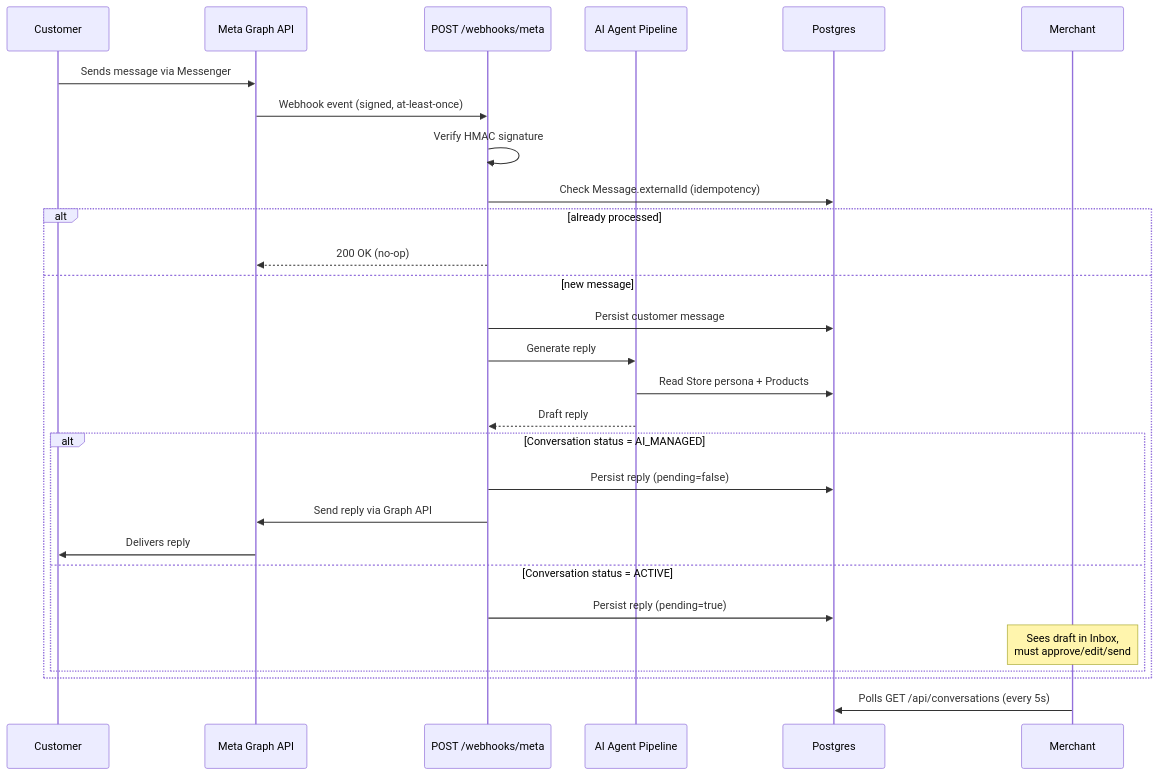
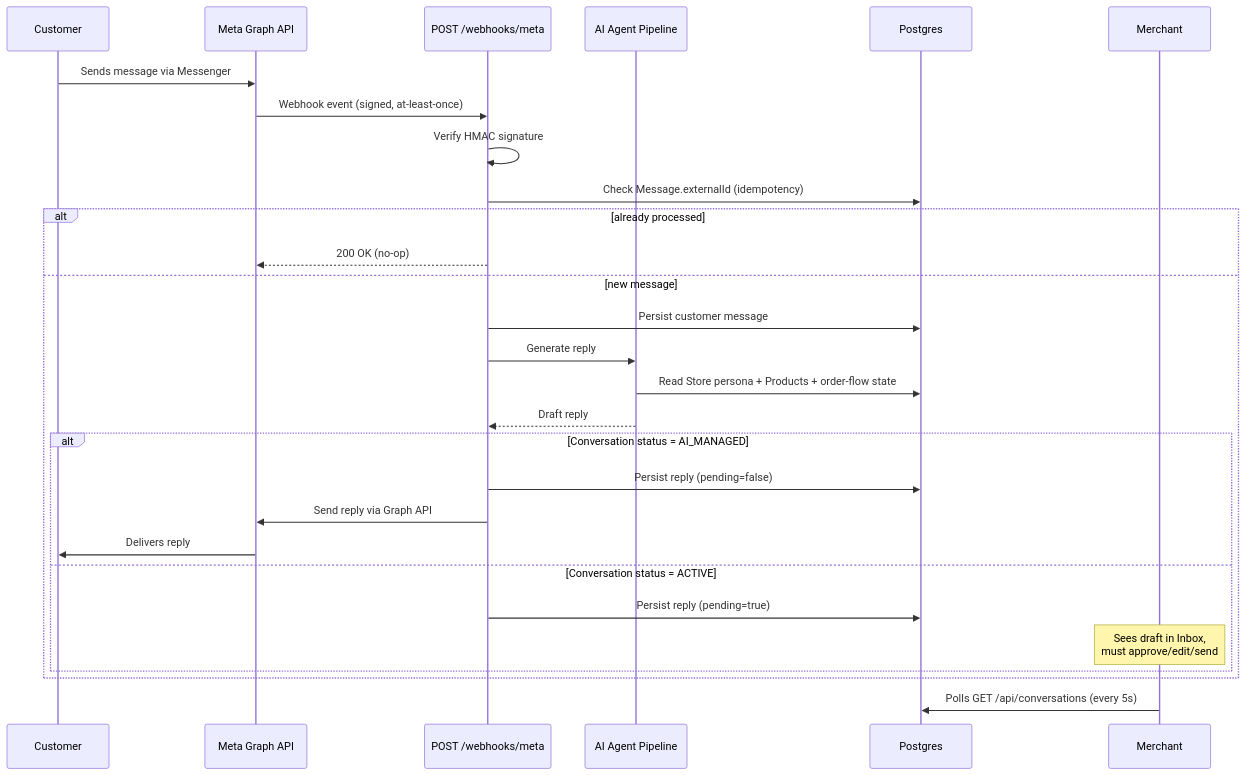
The third of 5 diagrams in REVISION.md (SafatUddin/CSE499_Demo), drawn with Mermaid before and after one commit. The commit also changed other lines of this file and 1 other file, not shown here.

First line of the commit message:
Update progress docs: next objectives and current architecture snapshot

````diff
--- a/REVISION.md
+++ b/REVISION.md
@@ -201,31 +224,31 @@
 ```mermaid
 sequenceDiagram
     participant Customer
     participant Meta as Meta Graph API
     participant Webhook as POST /webhooks/meta
     participant Agent as AI Agent Pipeline
     participant DB as Postgres
     participant Merchant
 
     Customer->>Meta: Sends message via Messenger
     Meta->>Webhook: Webhook event (signed, at-least-once)
     Webhook->>Webhook: Verify HMAC signature
     Webhook->>DB: Check Message.externalId (idempotency)
     alt already processed
         Webhook-->>Meta: 200 OK (no-op)
     else new message
         Webhook->>DB: Persist customer message
         Webhook->>Agent: Generate reply
-        Agent->>DB: Read Store persona + Products
+        Agent->>DB: Read Store persona + Products + order-flow state
         Agent-->>Webhook: Draft reply
         alt Conversation status = AI_MANAGED
             Webhook->>DB: Persist reply (pending=false)
             Webhook->>Meta: Send reply via Graph API
             Meta->>Customer: Delivers reply
         else Conversation status = ACTIVE
             Webhook->>DB: Persist reply (pending=true)
             Note over Merchant: Sees draft in Inbox,<br/>must approve/edit/send
         end
     end
     Merchant->>DB: Polls GET /api/conversations (every 5s)
 ```
````
